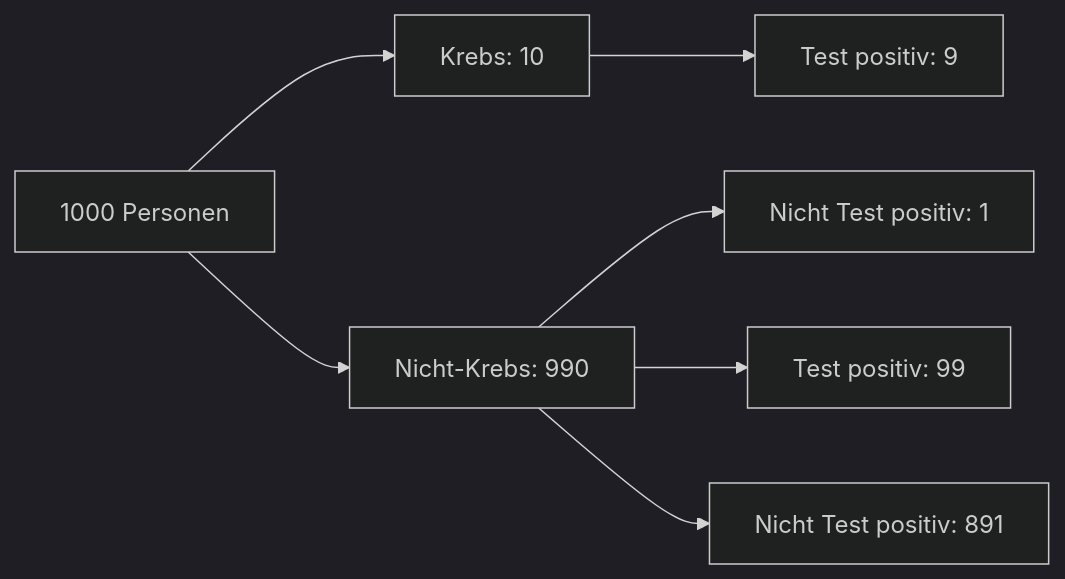
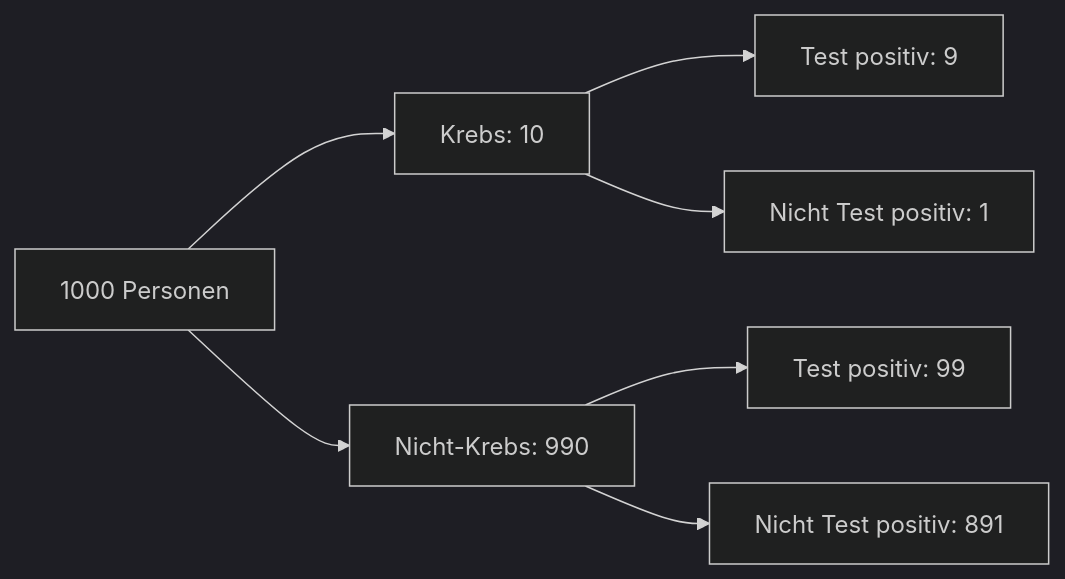
Before and after one commit to sebastiansauer/datenwerk: the diagram in posts/Krebs1/Krebs1.qmd, drawn with Mermaid (dark theme). The commit also changed other lines of this file and 9 other files, not shown here.

````diff
--- a/posts/Krebs1/Krebs1.qmd
+++ b/posts/Krebs1/Krebs1.qmd
@@ -103,9 +104,9 @@
 ```{mermaid}
 flowchart LR
   S[1000 Personen] --> K[Krebs: 10]
   S --> NK[Nicht-Krebs: 990]
   K --> T[Test positiv: 9]
-  NK --> NT[Nicht Test positiv: 1]
+  K --> NT[Nicht Test positiv: 1]
   NK --> TNK[Test positiv: 99]
   NK --> NTNK[Nicht Test positiv: 891]
 ```
````
